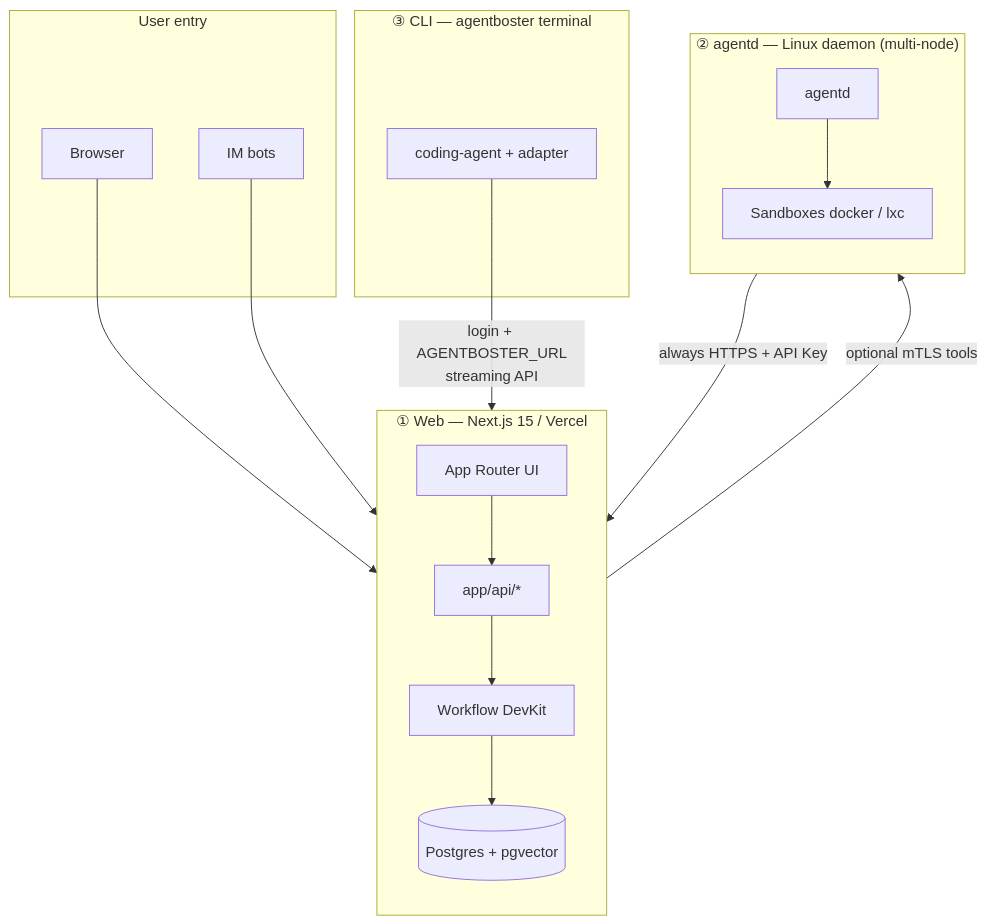
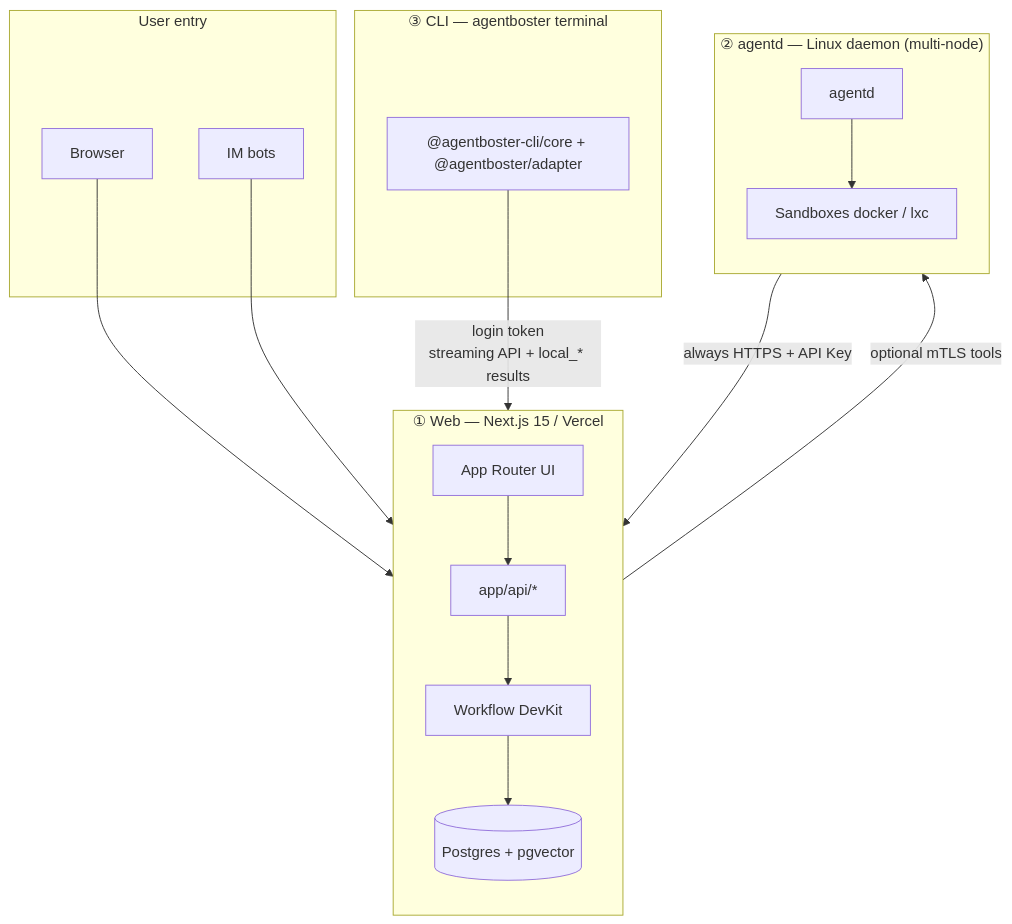
The diagram in README.EN.md (NekoSekaiMoe/agentboster), drawn with Mermaid before and after one commit. The commit also changed other lines of this file and 35 other files, not shown here.

````diff
--- a/README.EN.md
+++ b/README.EN.md
@@ -33,34 +36,34 @@
 ```mermaid
 flowchart TB
   subgraph tier1["① Web — Next.js 15 / Vercel"]
     direction TB
     UI["App Router UI"]
     API["app/api/*"]
     WF["Workflow DevKit"]
     DB[("Postgres + pgvector")]
     UI --> API --> WF --> DB
   end
 
   subgraph tier2["② agentd — Linux daemon (multi-node)"]
     direction TB
     AD["agentd"]
     SB["Sandboxes docker / lxc"]
     AD --> SB
   end
 
   subgraph tier3["③ CLI — agentboster terminal"]
-    CLI["coding-agent + adapter"]
+    CLI["@agentboster-cli/core + @agentboster/adapter"]
   end
 
   subgraph clients["User entry"]
     Browser["Browser"]
     IM["IM bots"]
   end
 
   Browser --> UI
   IM --> API
-  CLI -->|"login + AGENTBOSTER_URL\nstreaming API"| API
+  CLI -->|"login token\nstreaming API + local_* results"| API
 
   AD -->|"always HTTPS + API Key"| API
   API -->|"optional mTLS tools"| AD
 ```
````
